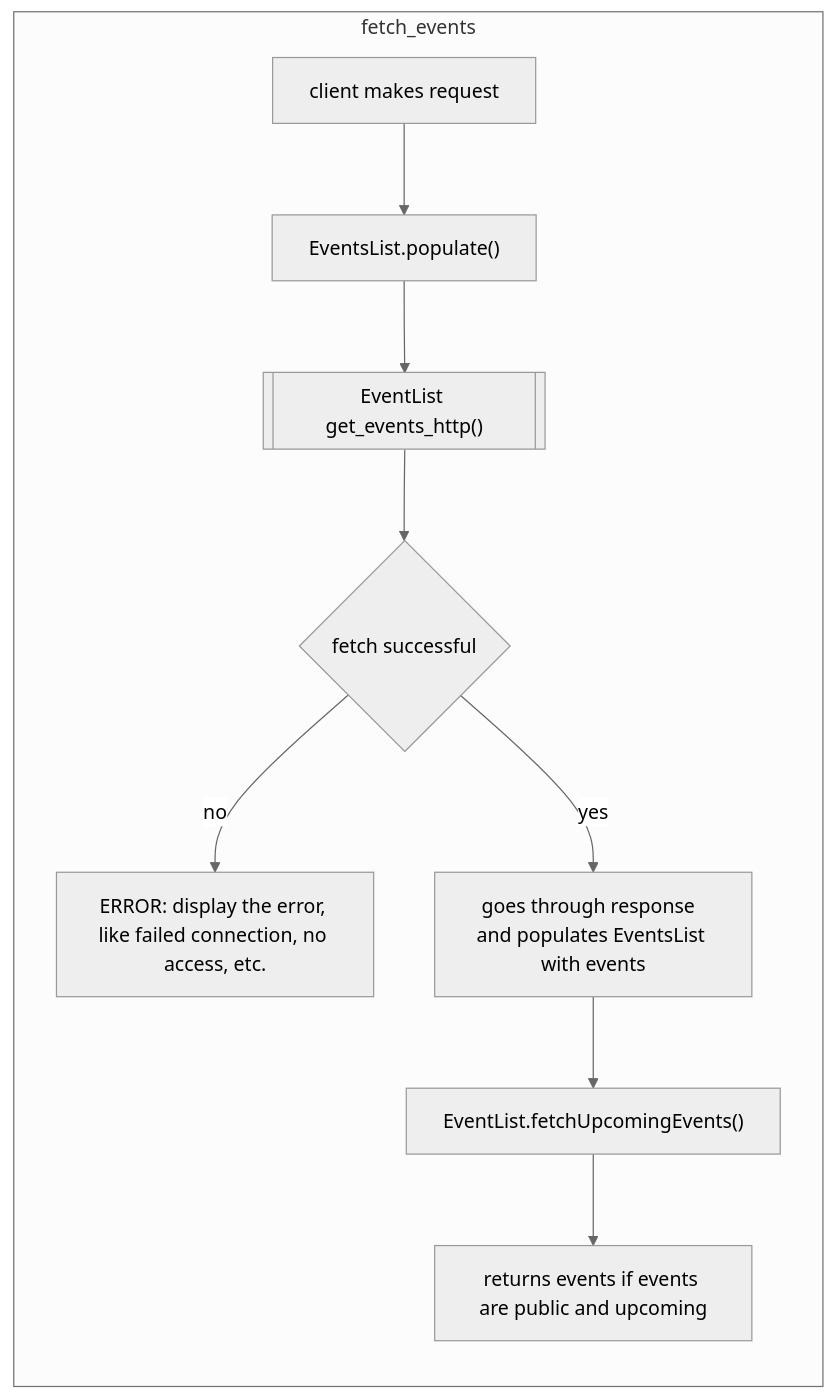
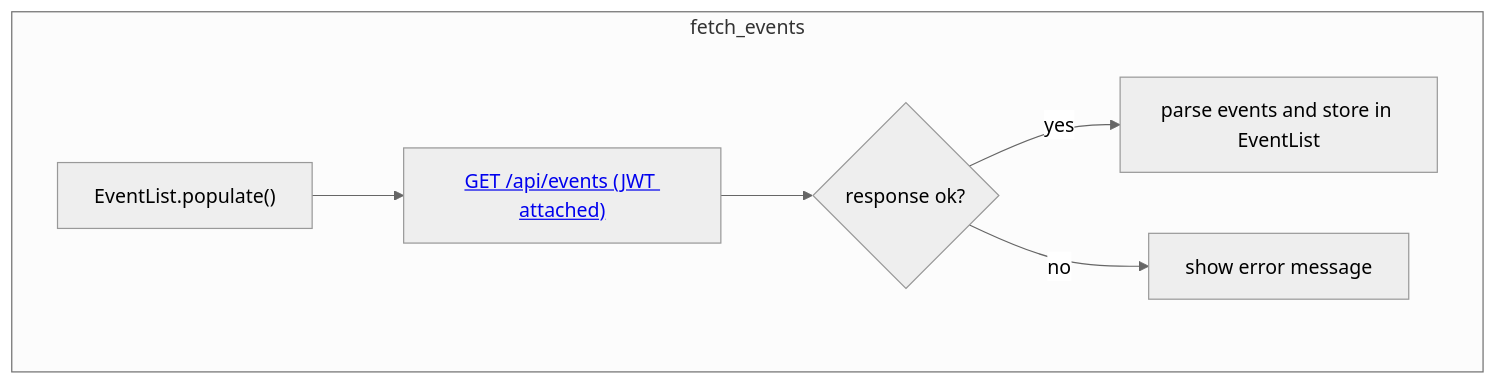
Before and after one commit to Lenninssp/Cannin-Tickets: the fourth of 11 diagrams in docs/dashboard.md, drawn with Mermaid (neutral theme). The commit also changed other lines of this file and 2 other files, not shown here.

````diff
--- a/docs/dashboard.md
+++ b/docs/dashboard.md
@@ -48,15 +59,11 @@
 ```mermaid
 flowchart TD
   subgraph fetch_events
-  direction TB
-  A["client makes request"]
-  A-->B["EventsList.populate()"]
-  B-->C[["EventList get_events_http()"]]
-  C-->C2{fetch successful}
-  C2 -- no --> C2err[ERROR: display the error, like failed connection, no access, etc.]
-  C2 -- yes --> C3[goes through response  and populates EventsList with events]
-  C3 --> C32["EventList.fetchUpcomingEvents()"]
-  C32 --> C4[returns events if events are public and upcoming]
+  A["EventList.populate()"]
+  A --> B["<a href="#get-events">GET /api/events (JWT attached)</a>"]
+  B --> C{response ok?}
+  C -- yes --> D[parse events and store in EventList]
+  C -- no --> E[show error message]
   end
 
 ```
````
